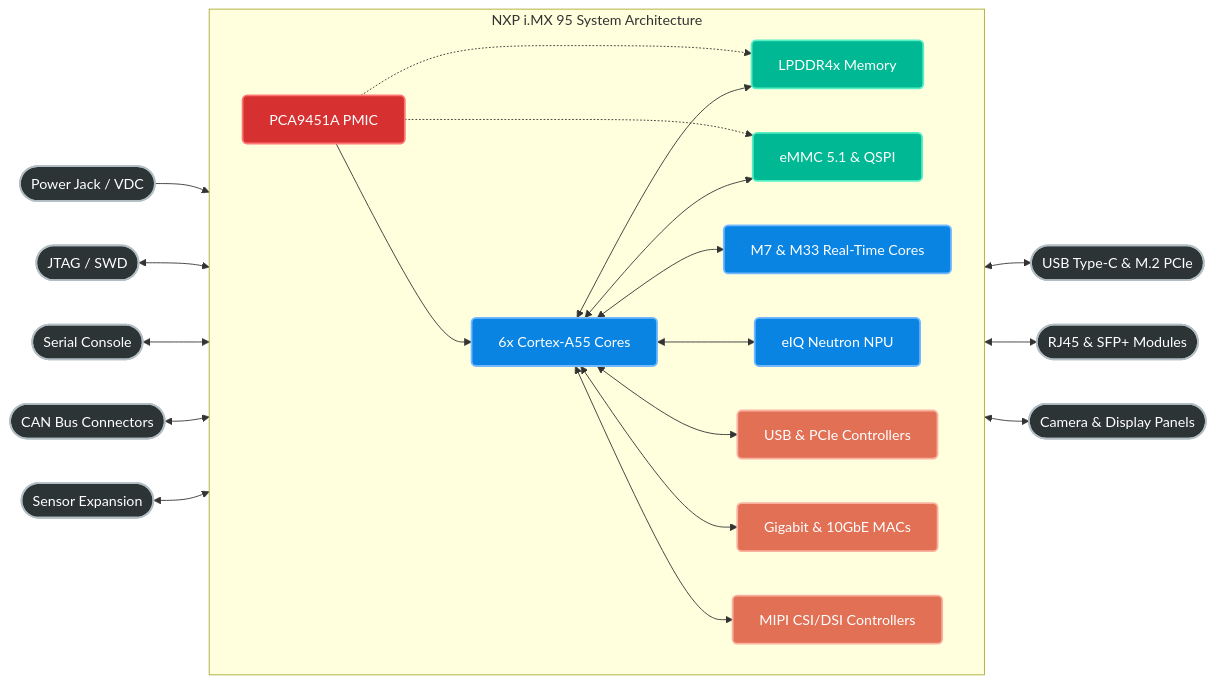
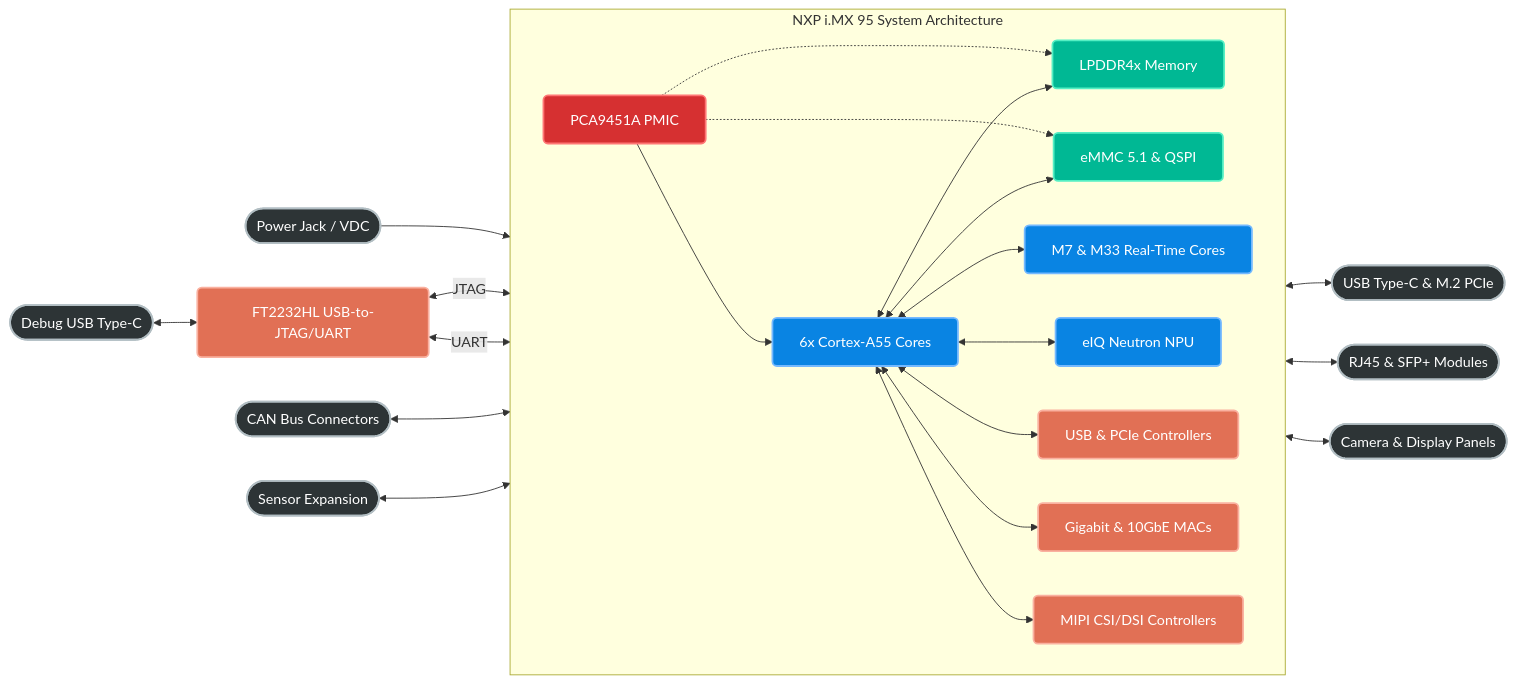
One commit to AhmadAbdel-R/universal-robotics-soc changed the diagram in docs/architecture/imx95-system-design.md. Above: the diagram before and after it, drawn with Mermaid. The commit also changed other lines of this file, not shown here.

Commit message:
docs: add FTDI FT2232HL on-board debug chip to system architecture and diagram

````diff
--- a/docs/architecture/imx95-system-design.md
+++ b/docs/architecture/imx95-system-design.md
@@ -25,66 +25,69 @@
 ```mermaid
 flowchart LR
     %% Color Definitions
     classDef external fill:#2d3436,stroke:#b2bec3,stroke-width:2px,color:#fff,rx:5px,ry:5px;
     classDef core fill:#0984e3,stroke:#74b9ff,stroke-width:2px,color:#fff,rx:5px,ry:5px;
     classDef memory fill:#00b894,stroke:#55efc4,stroke-width:2px,color:#fff,rx:5px,ry:5px;
     classDef io fill:#e17055,stroke:#fab1a0,stroke-width:2px,color:#fff,rx:5px,ry:5px;
     classDef pwr fill:#d63031,stroke:#ff7675,stroke-width:2px,color:#fff,rx:5px,ry:5px;
     classDef soc fill:#2d3436,stroke:#636e72,stroke-width:2px,color:#dfe6e9,stroke-dasharray: 5 5;
 
     %% Left External Connectors
     PWR_JACK([Power Jack / VDC]):::external
-    JTAG_CONN([JTAG / SWD]):::external
-    UART_CONN([Serial Console]):::external
+    DEBUG_USB([Debug USB Type-C]):::external
     CAN_CONN([CAN Bus Connectors]):::external
     SPI_CONN([Sensor Expansion]):::external
+
+    %% External Support ICs
+    FTDI[FT2232HL USB-to-JTAG/UART]:::io
 
     %% Central SoC Grouping
     subgraph SOC [NXP i.MX 95 System Architecture]
         direction LR
         
         %% Internal Nodes
         PMIC[PCA9451A PMIC]:::pwr
         RT[M7 & M33 Real-Time Cores]:::core
         CPU[6x Cortex-A55 Cores]:::core
         NPU[eIQ Neutron NPU]:::core
         RAM[LPDDR4x Memory]:::memory
         FLASH[eMMC 5.1 & QSPI]:::memory
         
         %% Combined IO Nodes for cleaner wiring
         HS_IO[USB & PCIe Controllers]:::io
         NET_IO[Gigabit & 10GbE MACs]:::io
         MIPI_IO[MIPI CSI/DSI Controllers]:::io
     end
 
     %% Right External Connectors
     USB_PCIE([USB Type-C & M.2 PCIe]):::external
     ETH_CONN([RJ45 & SFP+ Modules]):::external
     CAM_DISP([Camera & Display Panels]):::external
 
     %% Left side routing
     PWR_JACK --> PMIC
-    JTAG_CONN <--> RT
-    UART_CONN <--> CPU
+    DEBUG_USB <--> FTDI
+    FTDI <-->|JTAG| RT
+    FTDI <-->|UART| CPU
     CAN_CONN <--> RT
     SPI_CONN <--> CPU
 
     %% Internal routing (Core logic)
     PMIC --> CPU
     PMIC -.-> RAM
     PMIC -.-> FLASH
     
     CPU <--> RT
     CPU <--> NPU
     CPU <--> RAM
     CPU <--> FLASH
     
     CPU <--> HS_IO
     CPU <--> NET_IO
     CPU <--> MIPI_IO
 
     %% Right side routing
     HS_IO <--> USB_PCIE
     NET_IO <--> ETH_CONN
     MIPI_IO <--> CAM_DISP
 ```
````
